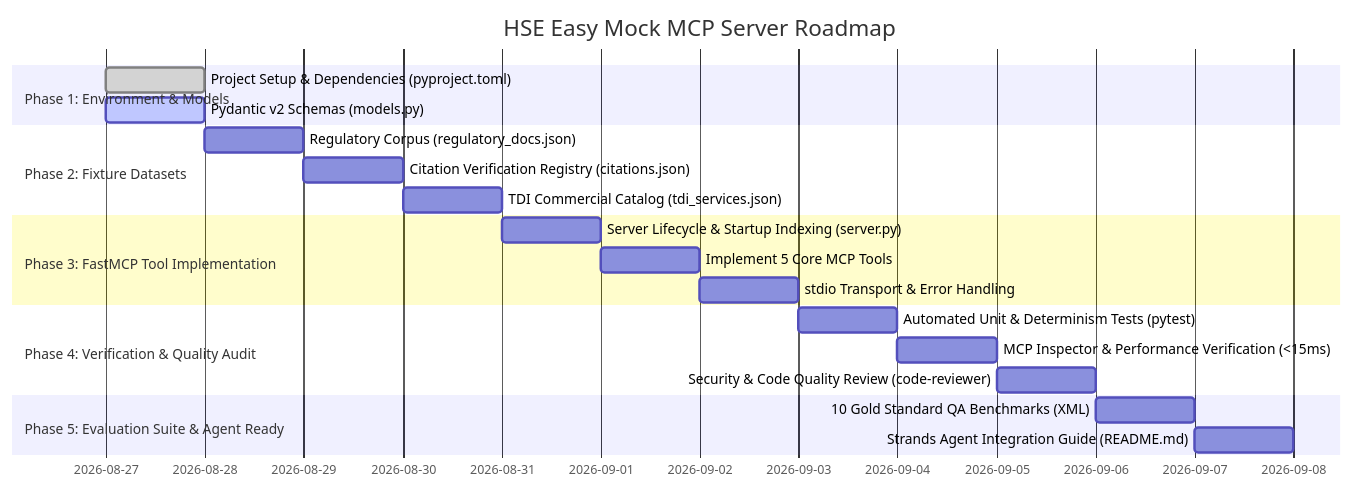
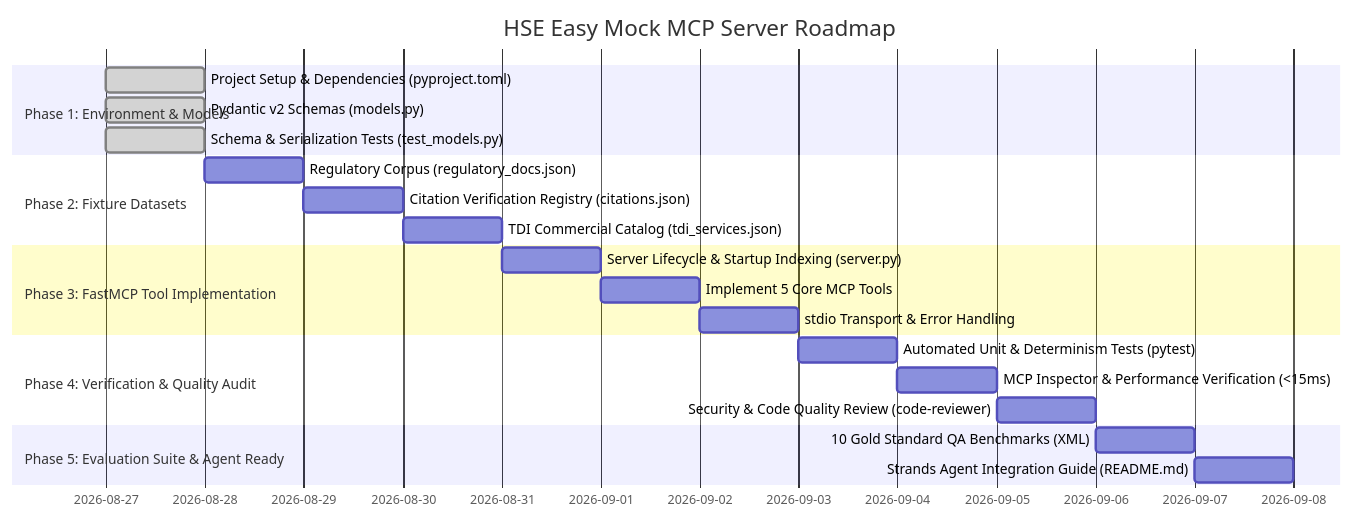
Before and after one commit to aiagentspoc/mcp-server: the diagram in ROADMAP.md, drawn with Mermaid. The commit also changed other lines of this file and 20 other files, not shown here.

Commit message:
feat(models): implement Phase 1 models, schema validation tests, and task artifacts

````diff
--- a/ROADMAP.md
+++ b/ROADMAP.md
@@ -9,23 +9,24 @@
 ```mermaid
 gantt
     title HSE Easy Mock MCP Server Roadmap
     dateFormat  YYYY-MM-DD
     section Phase 1: Environment & Models
     Project Setup & Dependencies (pyproject.toml)       :done, p1_1, 2026-08-27, 1d
-    Pydantic v2 Schemas (models.py)                     :active, p1_2, 2026-08-27, 1d
+    Pydantic v2 Schemas (models.py)                     :done, p1_2, 2026-08-27, 1d
+    Schema & Serialization Tests (test_models.py)       :done, p1_3, 2026-08-27, 1d
     section Phase 2: Fixture Datasets
     Regulatory Corpus (regulatory_docs.json)            :p2_1, after p1_2, 1d
     Citation Verification Registry (citations.json)     :p2_2, after p2_1, 1d
     TDI Commercial Catalog (tdi_services.json)          :p2_3, after p2_2, 1d
     section Phase 3: FastMCP Tool Implementation
     Server Lifecycle & Startup Indexing (server.py)     :p3_1, after p2_3, 1d
     Implement 5 Core MCP Tools                          :p3_2, after p3_1, 1d
     stdio Transport & Error Handling                    :p3_3, after p3_2, 1d
     section Phase 4: Verification & Quality Audit
     Automated Unit & Determinism Tests (pytest)         :p4_1, after p3_3, 1d
     MCP Inspector & Performance Verification (<15ms)    :p4_2, after p4_1, 1d
     Security & Code Quality Review (code-reviewer)      :p4_3, after p4_2, 1d
     section Phase 5: Evaluation Suite & Agent Ready
     10 Gold Standard QA Benchmarks (XML)                :p5_1, after p4_3, 1d
     Strands Agent Integration Guide (README.md)         :p5_2, after p5_1, 1d
 ```
````
